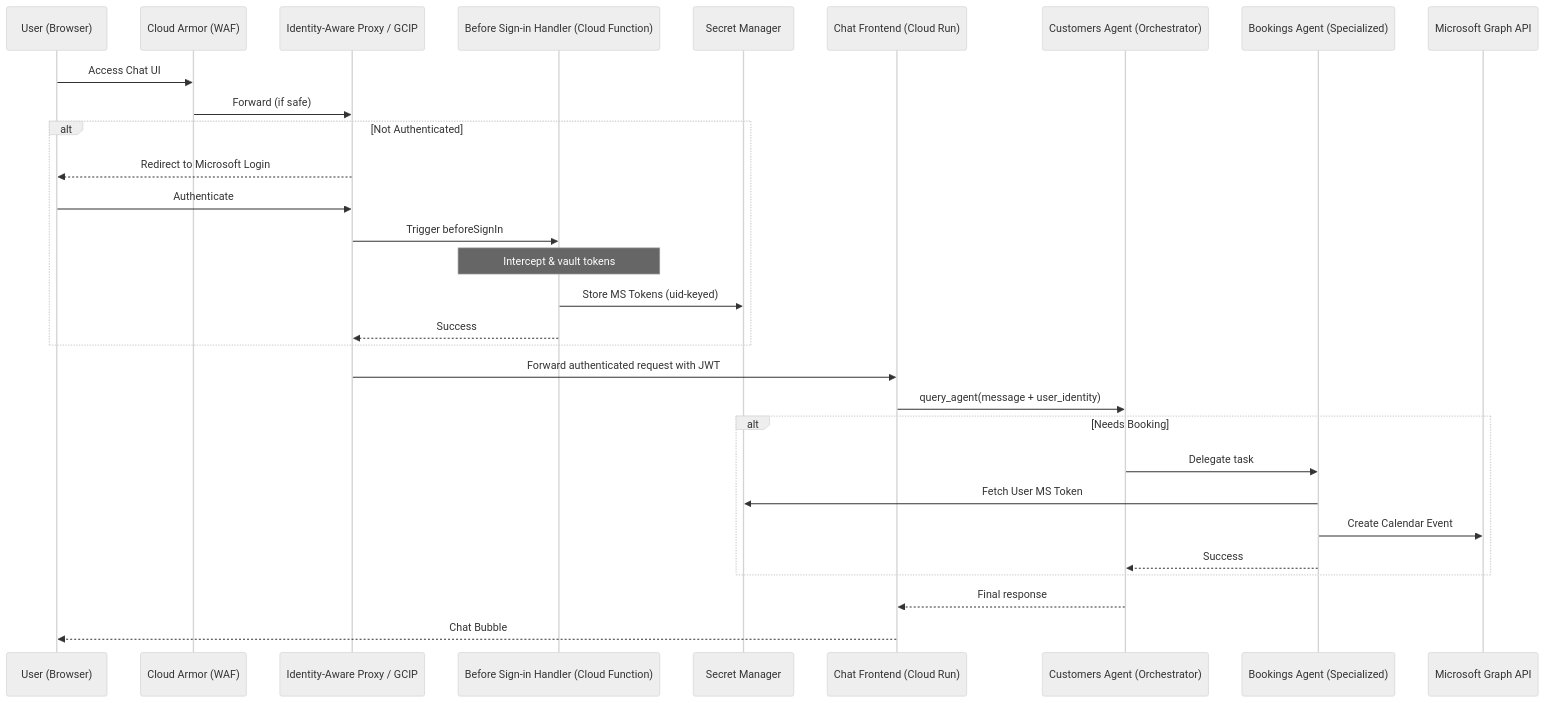
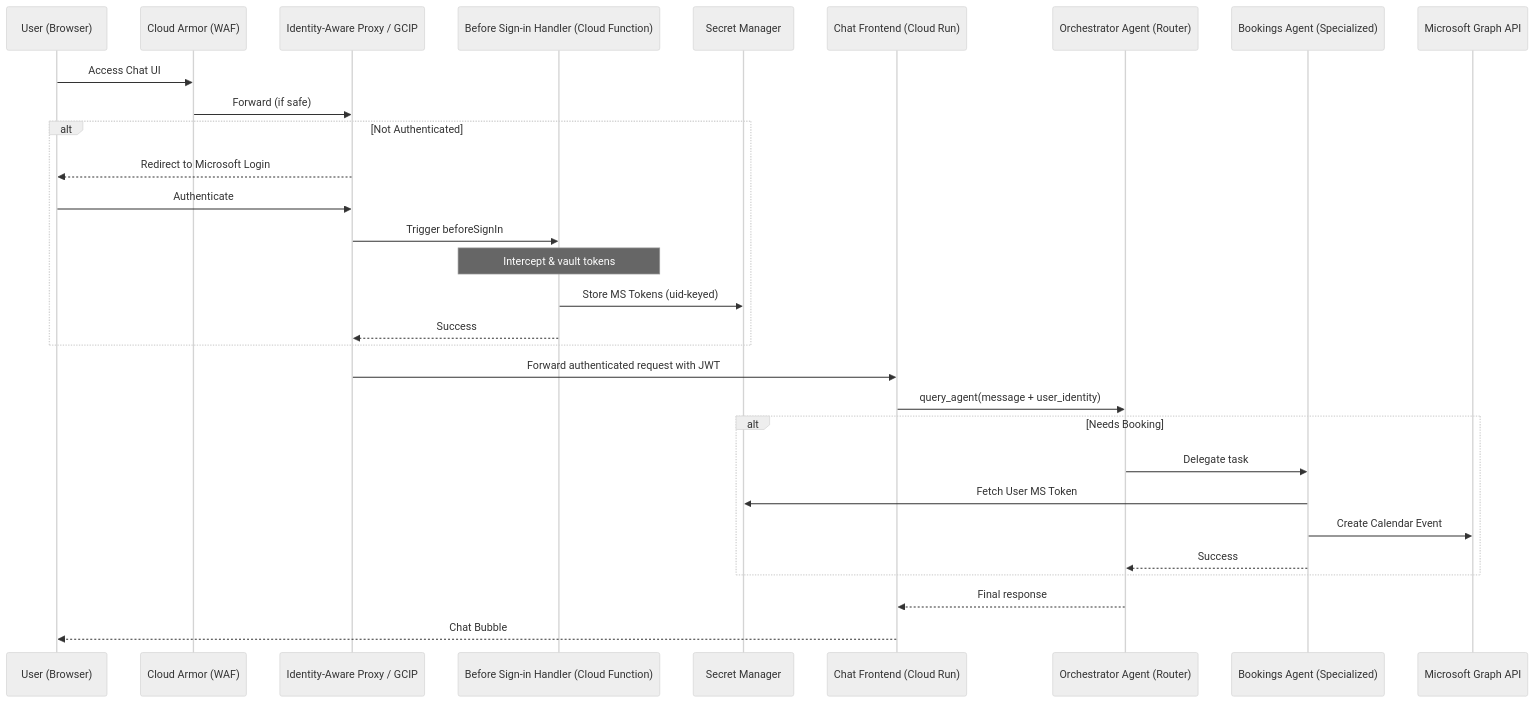
Before and after one commit to ypenn21/customer-booking-agent: the diagram in README.md, drawn with Mermaid (neutral theme). The commit also changed other lines of this file and 109 other files, not shown here.

````diff
--- a/README.md
+++ b/README.md
@@ -16,35 +16,35 @@
 ```mermaid
 sequenceDiagram
     participant User as User (Browser)
     participant Armor as Cloud Armor (WAF)
     participant IAP as Identity-Aware Proxy / GCIP
     participant Blocking as Before Sign-in Handler (Cloud Function)
     participant Secret as Secret Manager
     participant FastAPI as Chat Frontend (Cloud Run)
-    participant Customers as Customers Agent (Orchestrator)
+    participant Orchestrator as Orchestrator Agent (Router)
     participant Bookings as Bookings Agent (Specialized)
     participant Graph as Microsoft Graph API
 
     User->>Armor: Access Chat UI
     Armor->>IAP: Forward (if safe)
     alt Not Authenticated
         IAP-->>User: Redirect to Microsoft Login
         User->>IAP: Authenticate
         IAP->>Blocking: Trigger beforeSignIn
         Note over Blocking: Intercept & vault tokens
         Blocking->>Secret: Store MS Tokens (uid-keyed)
         Blocking-->>IAP: Success
     end
     IAP->>FastAPI: Forward authenticated request with JWT
 
-    FastAPI->>Customers: query_agent(message + user_identity)
+    FastAPI->>Orchestrator: query_agent(message + user_identity)
     alt Needs Booking
-        Customers->>Bookings: Delegate task
+        Orchestrator->>Bookings: Delegate task
         Bookings->>Secret: Fetch User MS Token
         Bookings->>Graph: Create Calendar Event
-        Bookings-->>Customers: Success
+        Bookings-->>Orchestrator: Success
     end
 
-    Customers-->>FastAPI: Final response
+    Orchestrator-->>FastAPI: Final response
     FastAPI-->>User: Chat Bubble
 ```
````
